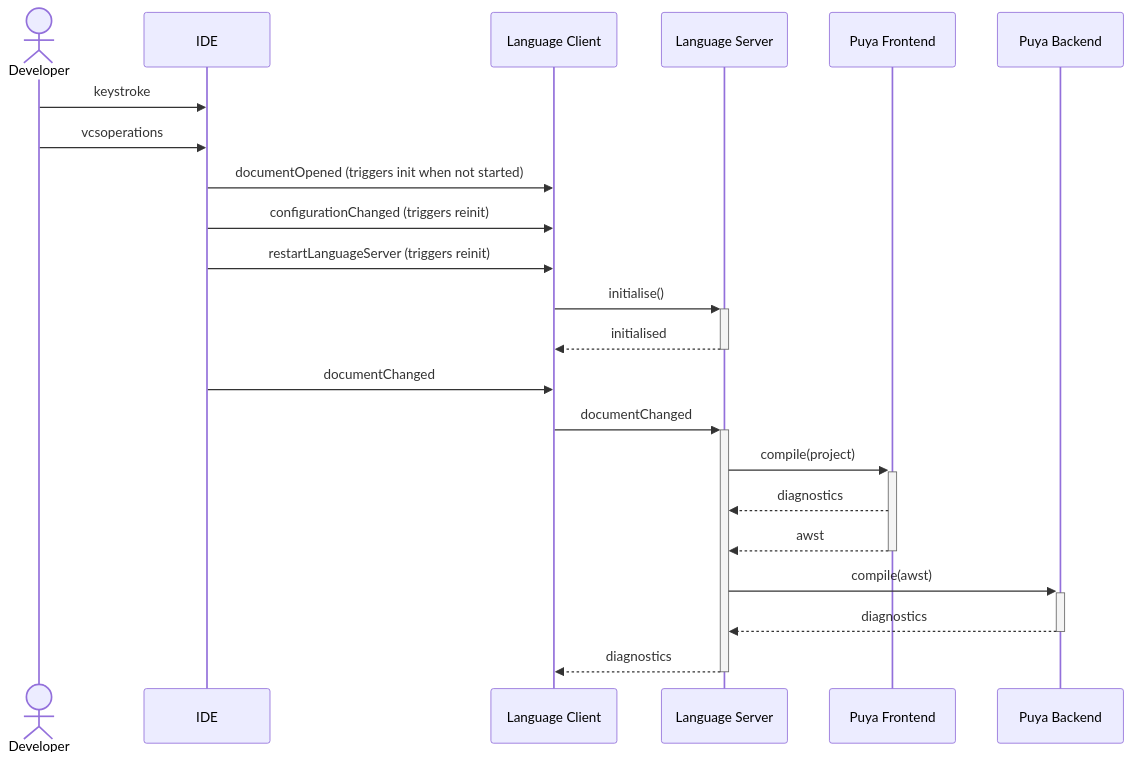
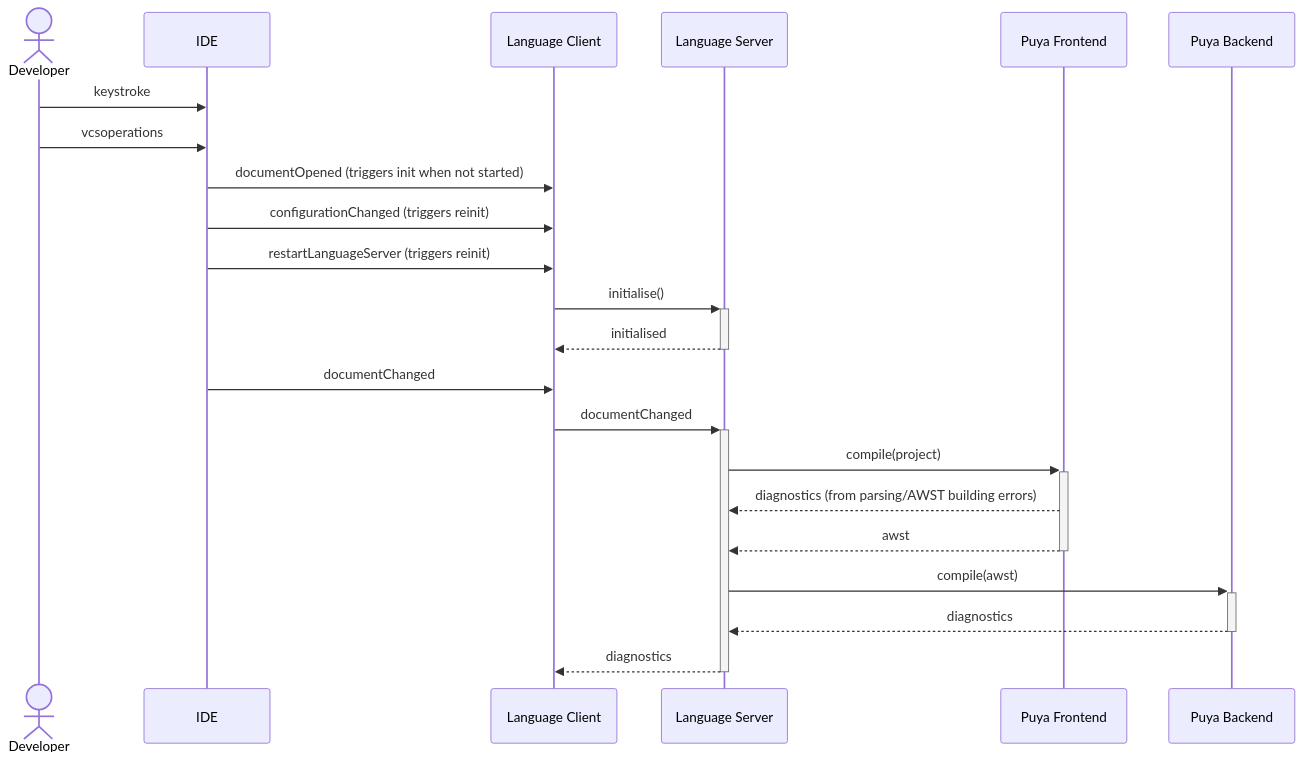
Before and after one commit to algorandfoundation/puya: the first of 3 diagrams in docs/architecture/language-server.md, drawn with Mermaid. The commit also changed other lines of this file, not shown here.

````diff
--- a/docs/architecture/language-server.md
+++ b/docs/architecture/language-server.md
@@ -5,24 +5,24 @@
 ```mermaid
 sequenceDiagram
   actor D as Developer
   participant IDE as IDE
   participant LC as Language Client
   participant LS as Language Server
   participant PF as Puya Frontend
   participant PB as Puya Backend
   D ->> IDE: keystroke
   D ->> IDE: vcsoperations
   IDE ->> LC: documentOpened (triggers init when not started)
   IDE ->> LC: configurationChanged (triggers reinit)
   IDE ->> LC: restartLanguageServer (triggers reinit)
   LC ->>+ LS: initialise()
   LS -->>- LC: initialised
   IDE ->> LC: documentChanged
   LC ->>+ LS: documentChanged
   LS ->>+ PF: compile(project)
-  PF -->> LS: diagnostics
+  PF -->> LS: diagnostics (from parsing/AWST building errors)
   PF -->>- LS: awst
   LS ->>+ PB: compile(awst)
   PB -->>- LS: diagnostics
   LS -->>- LC: diagnostics
 ```
````
